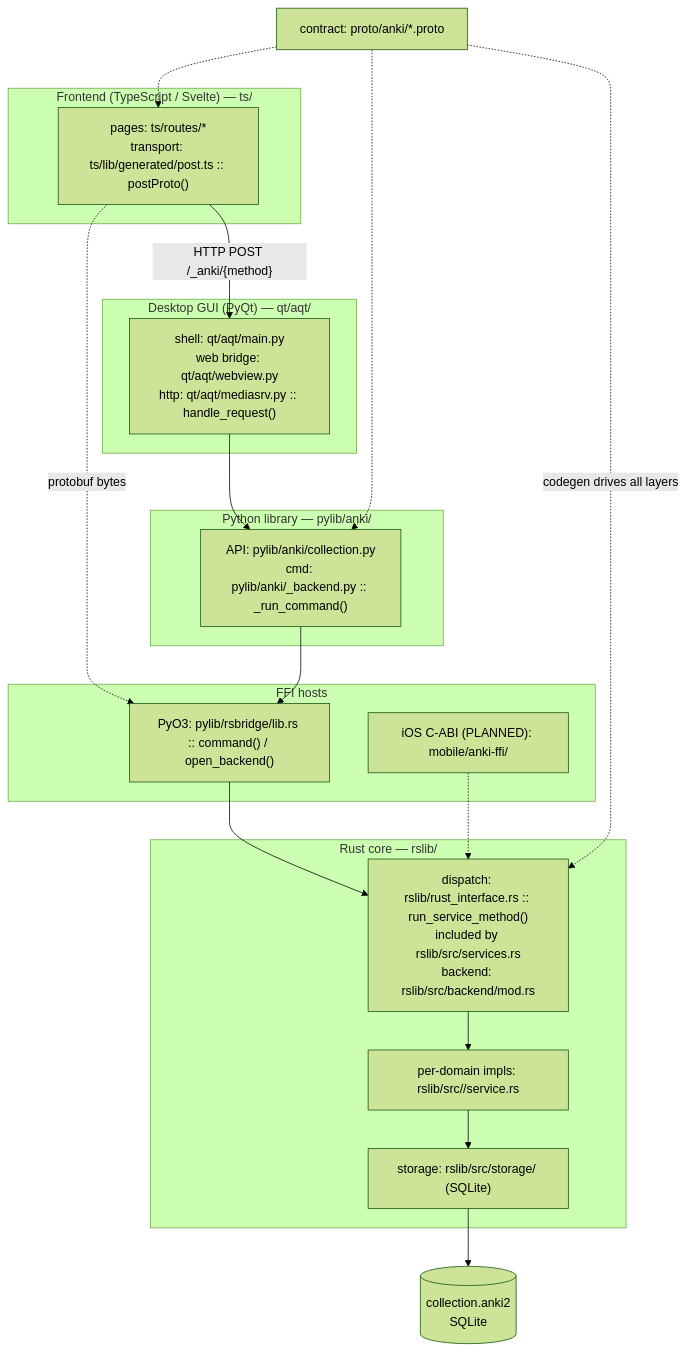
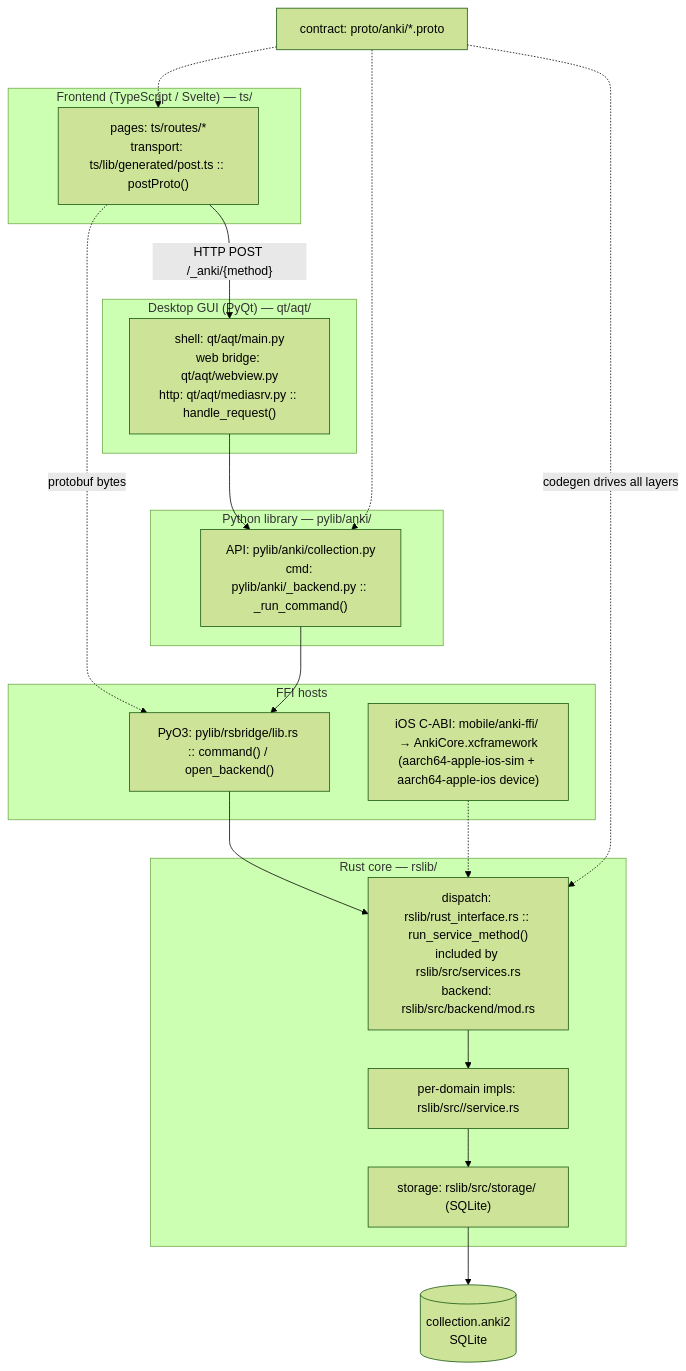
Before and after one commit to Gaurav-G141/anki: the first of 9 diagrams in CODE_MAP.md, drawn with Mermaid (forest theme). The commit also changed other lines of this file and 40 other files, not shown here.

````diff
--- a/CODE_MAP.md
+++ b/CODE_MAP.md
@@ -15,34 +15,34 @@
 ```mermaid
 flowchart TD
     subgraph FE["Frontend (TypeScript / Svelte) — ts/"]
         TS["pages: ts/routes/*<br/>transport: ts/lib/generated/post.ts :: postProto()"]
     end
     subgraph QT["Desktop GUI (PyQt) — qt/aqt/"]
         QTG["shell: qt/aqt/main.py<br/>web bridge: qt/aqt/webview.py<br/>http: qt/aqt/mediasrv.py :: handle_request()"]
     end
     subgraph PY["Python library — pylib/anki/"]
         PYL["API: pylib/anki/collection.py<br/>cmd: pylib/anki/_backend.py :: _run_command()"]
     end
     subgraph FFI["FFI hosts"]
         RB["PyO3: pylib/rsbridge/lib.rs :: command() / open_backend()"]
-        IOS["iOS C-ABI (PLANNED): mobile/anki-ffi/"]
+        IOS["iOS C-ABI: mobile/anki-ffi/ → AnkiCore.xcframework<br/>(aarch64-apple-ios-sim + aarch64-apple-ios device)"]
     end
     subgraph RS["Rust core — rslib/"]
         BK["dispatch: rslib/rust_interface.rs :: run_service_method()<br/>included by rslib/src/services.rs<br/>backend: rslib/src/backend/mod.rs"]
         SVC["per-domain impls: rslib/src/<module>/service.rs"]
         ST["storage: rslib/src/storage/ (SQLite)"]
     end
     DB[("collection.anki2<br/>SQLite")]
     PROTO["contract: proto/anki/*.proto"]
 
     TS -->|"HTTP POST /_anki/{method}"| QTG
     QTG --> PYL
     TS -.->|"protobuf bytes"| RB
     PYL --> RB
     RB --> BK
     IOS -.-> BK
     BK --> SVC --> ST --> DB
     PROTO -.->|"codegen drives all layers"| BK
     PROTO -.-> TS
     PROTO -.-> PYL
 ```
````
